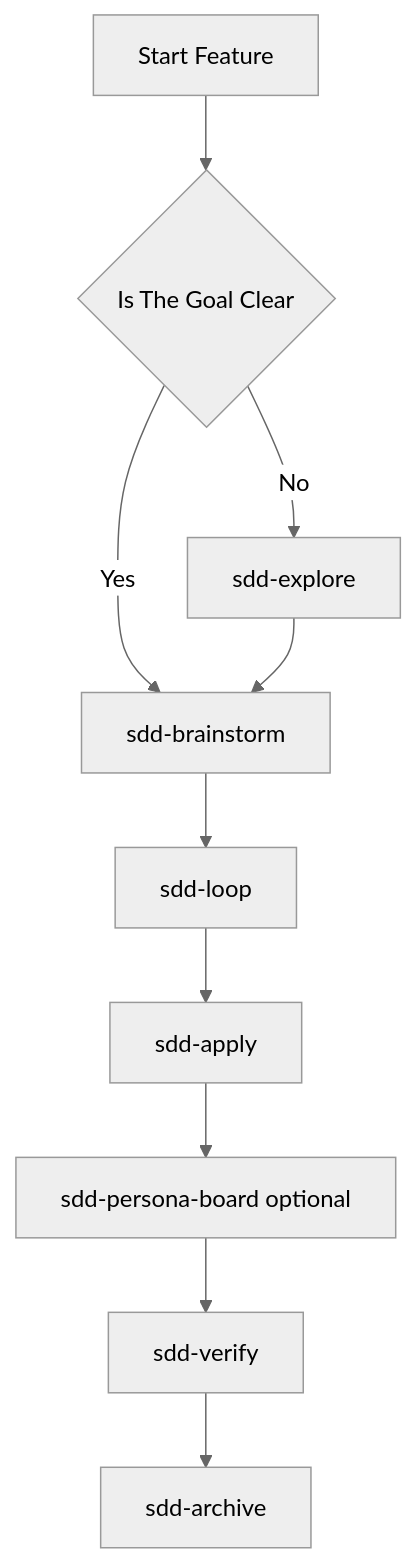
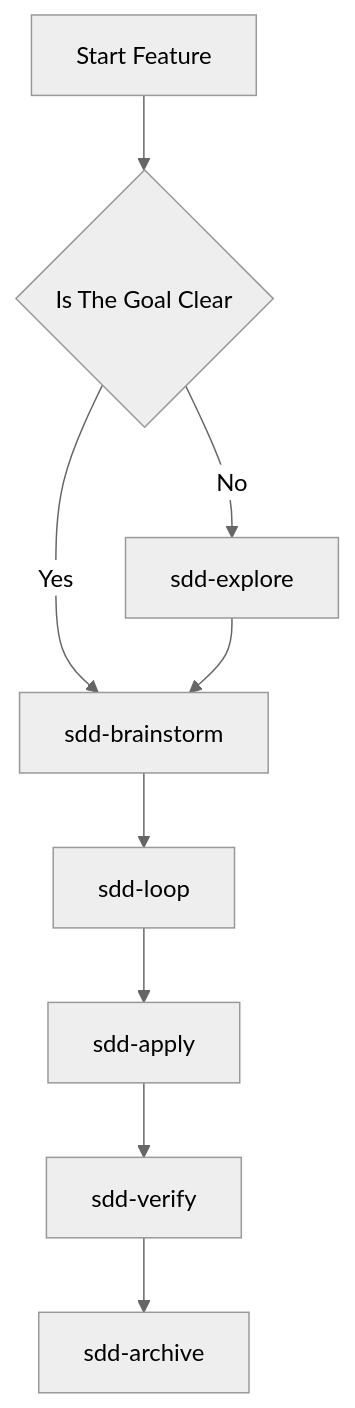
One commit to devopstales/skillgrid changed the first of 3 diagrams in docs/02-workflow-usage.md. Above: the diagram before and after it, drawn with Mermaid (neutral theme). The commit also changed other lines of this file and 221 other files, not shown here.

````diff
--- a/docs/02-workflow-usage.md
+++ b/docs/02-workflow-usage.md
@@ -32,12 +32,11 @@
 ```mermaid
 flowchart TD
   Start[Start Feature] --> Clear{Is The Goal Clear}
   Clear -->|No| Explore[sdd-explore]
   Clear -->|Yes| Brainstorm[sdd-brainstorm]
   Explore --> Brainstorm
   Brainstorm --> Loop[sdd-loop]
   Loop --> Apply[sdd-apply]
-  Apply --> Board[sdd-persona-board optional]
-  Board --> Verify[sdd-verify]
+  Apply --> Verify[sdd-verify]
   Verify --> Archive[sdd-archive]
 ```
````
